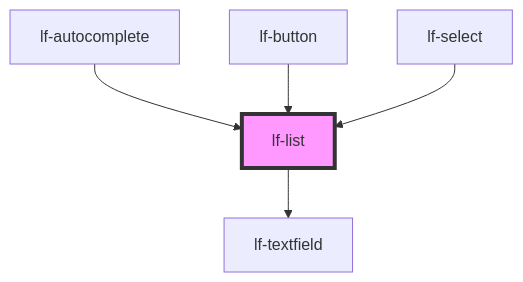
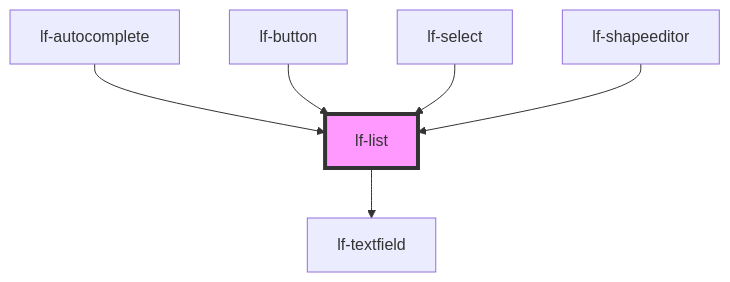
One commit to lucafoscili/lf-widgets changed the diagram in packages/core/src/components/lf-list/readme.md. Above: the diagram before and after it, drawn with Mermaid. The commit also changed other lines of this file and 9 other files, not shown here.

````diff
--- a/packages/core/src/components/lf-list/readme.md
+++ b/packages/core/src/components/lf-list/readme.md
@@ -219,8 +220,9 @@
 ```mermaid
 graph TD;
   lf-list --> lf-textfield
   lf-autocomplete --> lf-list
   lf-button --> lf-list
   lf-select --> lf-list
+  lf-shapeeditor --> lf-list
   style lf-list fill:#f9f,stroke:#333,stroke-width:4px
 ```
````
